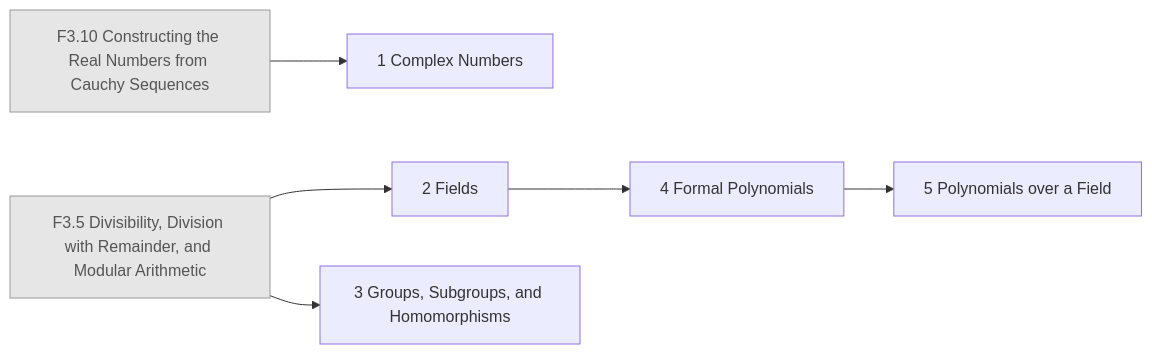
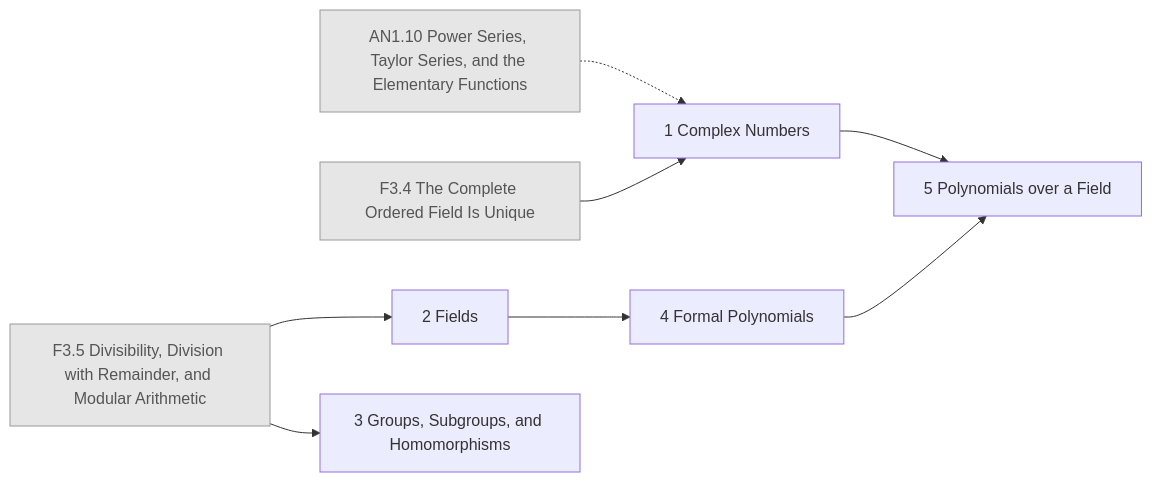
The diagram in generated/chapters/F4.mmd (AkizumiFox/math-atlas), drawn with Mermaid before and after one commit. The commit also changed 15 other files, not shown here.

```diff
--- a/generated/chapters/F4.mmd
+++ b/generated/chapters/F4.mmd
@@ -1,16 +1,19 @@
 flowchart LR
+  AN1_10["AN1.10 Power Series, Taylor Series, and the Elementary Functions"]:::ext
   F3_5["F3.5 Divisibility, Division with Remainder, and Modular Arithmetic"]:::ext
-  F3_10["F3.10 Constructing the Real Numbers from Cauchy Sequences"]:::ext
+  F3_4["F3.4 The Complete Ordered Field Is Unique"]:::ext
   F4_1["1 Complex Numbers"]
   F4_2["2 Fields"]
   F4_3["3 Groups, Subgroups, and Homomorphisms"]
   F4_4["4 Formal Polynomials"]
   F4_5["5 Polynomials over a Field"]
-  F3_10 --> F4_1
+  AN1_10 -.-> F4_1
+  F3_4 --> F4_1
   F3_5 --> F4_2
   F3_5 --> F4_3
   F4_2 --> F4_4
+  F4_1 --> F4_5
   F4_4 --> F4_5
   classDef ext fill:#e6e6e6,stroke:#999,color:#555
   classDef opt fill:#fff,stroke:#999,stroke-dasharray:4 3,color:#555
   classDef segb fill:#f6f6fb,stroke:#99a,color:#333
```
